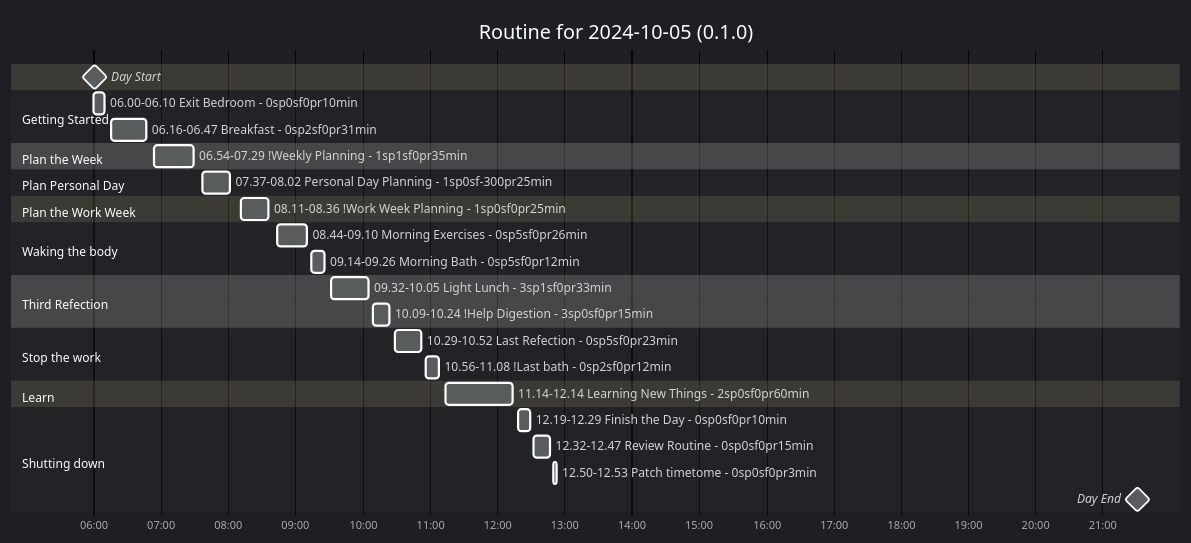
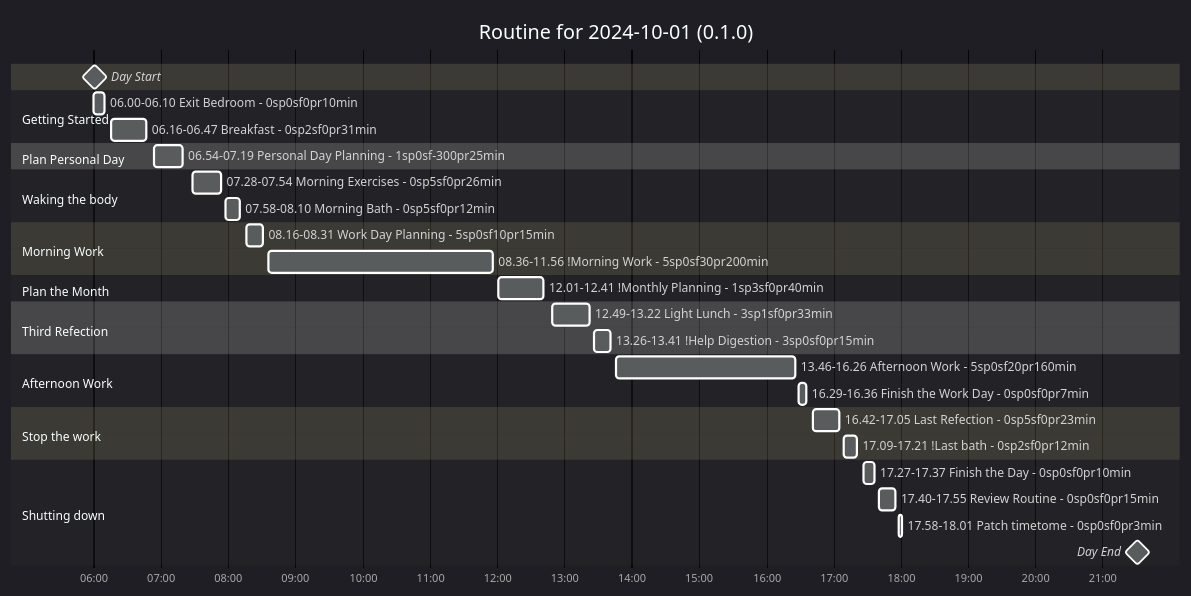
The diagram in readme.org (thisago/routineParser), drawn with Mermaid before and after one commit. The commit also changed other lines of this file and 2 other files, not shown here.

Commit message:
feat: minAverageHourPrice

```diff
--- a/readme.org
+++ b/readme.org
@@ -163,44 +183,46 @@
 #+begin_src mermaid :file example.svg
 %%{init: { 'theme': 'dark' } }%%
 gantt
-  title Routine for 2024-10-05 (0.1.0)
+  title Routine for 2024-10-01 (0.1.0)
   dateFormat HH:mm
   axisFormat %H:%M
 
   Day Start : milestone, m1, 06:00, 2m
 
   section Getting Started
   06.00-06.10 Exit Bedroom - 0sp0sf0pr10min : 06:00, 10m
   06.16-06.47 Breakfast - 0sp2sf0pr31min : 06:16, 31m
 
-  section Plan the Week
-  06.54-07.29 !Weekly Planning - 1sp1sf0pr35min : 06:54, 35m
-
   section Plan Personal Day
-  07.37-08.02 Personal Day Planning - 1sp0sf-300pr25min : 07:37, 25m
-
-  section Plan the Work Week
-  08.11-08.36 !Work Week Planning - 1sp0sf0pr25min : 08:11, 25m
+  06.54-07.19 Personal Day Planning - 1sp0sf-300pr25min : 06:54, 25m
 
   section Waking the body
-  08.44-09.10 Morning Exercises - 0sp5sf0pr26min : 08:44, 26m
-  09.14-09.26 Morning Bath - 0sp5sf0pr12min : 09:14, 12m
+  07.28-07.54 Morning Exercises - 0sp5sf0pr26min : 07:28, 26m
+  07.58-08.10 Morning Bath - 0sp5sf0pr12min : 07:58, 12m
+
+  section Morning Work
+  08.16-08.31 Work Day Planning - 5sp0sf10pr15min : 08:16, 15m
+  08.36-11.56 !Morning Work - 5sp0sf30pr200min : 08:36, 200m
+
+  section Plan the Month
+  12.01-12.41 !Monthly Planning - 1sp3sf0pr40min : 12:01, 40m
 
   section Third Refection
-  09.32-10.05 Light Lunch - 3sp1sf0pr33min : 09:32, 33m
-  10.09-10.24 !Help Digestion - 3sp0sf0pr15min : 10:09, 15m
+  12.49-13.22 Light Lunch - 3sp1sf0pr33min : 12:49, 33m
+  13.26-13.41 !Help Digestion - 3sp0sf0pr15min : 13:26, 15m
+
+  section Afternoon Work
+  13.46-16.26 Afternoon Work - 5sp0sf20pr160min : 13:46, 160m
+  16.29-16.36 Finish the Work Day - 0sp0sf0pr7min : 16:29, 7m
 
   section Stop the work
-  10.29-10.52 Last Refection - 0sp5sf0pr23min : 10:29, 23m
-  10.56-11.08 !Last bath - 0sp2sf0pr12min : 10:56, 12m
-
-  section Learn
-  11.14-12.14 Learning New Things - 2sp0sf0pr60min : 11:14, 60m
+  16.42-17.05 Last Refection - 0sp5sf0pr23min : 16:42, 23m
+  17.09-17.21 !Last bath - 0sp2sf0pr12min : 17:09, 12m
 
   section Shutting down
-  12.19-12.29 Finish the Day - 0sp0sf0pr10min : 12:19, 10m
-  12.32-12.47 Review Routine - 0sp0sf0pr15min : 12:32, 15m
-  12.50-12.53 Patch timetome - 0sp0sf0pr3min : 12:50, 3m
+  17.27-17.37 Finish the Day - 0sp0sf0pr10min : 17:27, 10m
+  17.40-17.55 Review Routine - 0sp0sf0pr15min : 17:40, 15m
+  17.58-18.01 Patch timetome - 0sp0sf0pr3min : 17:58, 3m
 
   Day End : milestone, m2, 21:30, 2m
 #+end_src
```
